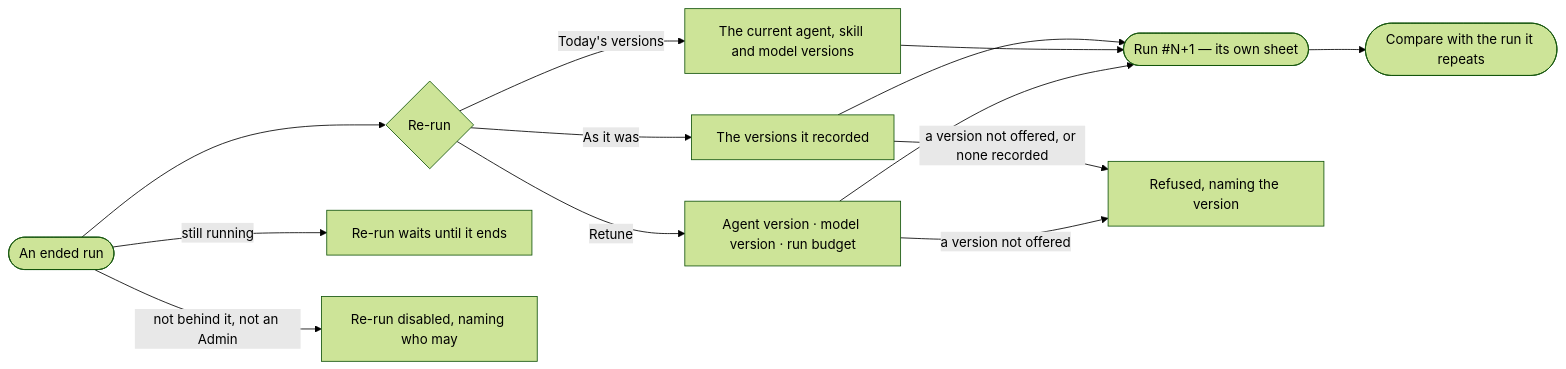
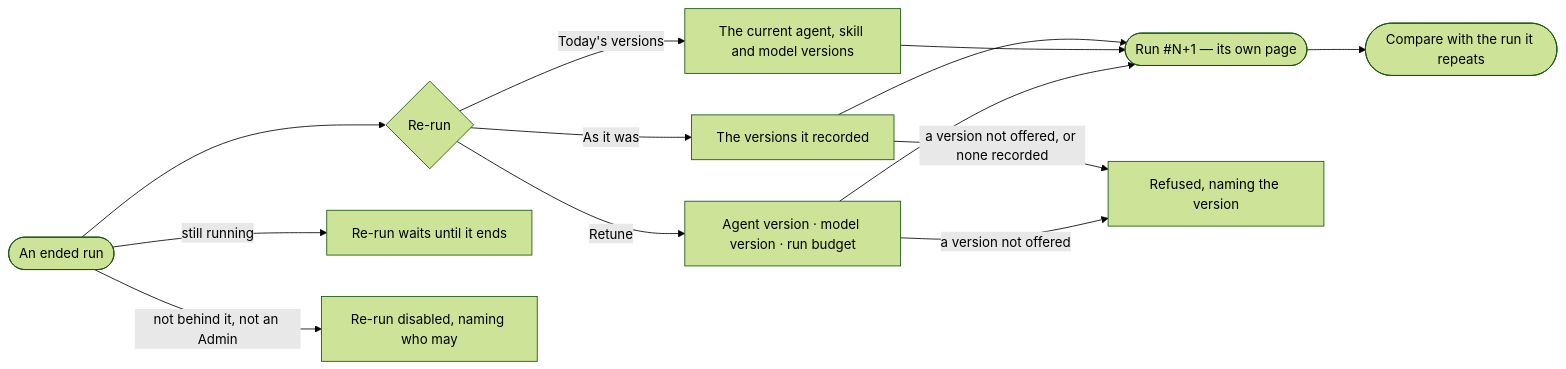
The diagram in specs/os/control/features/CP-F10-runs-and-how-the-agents-are-doing/stories/CP-54-re-run-a-run-as-it-was-or-retuned/story.md (invana/invana), drawn with Mermaid (forest theme) before and after one commit. The commit also changed other lines of this file and 133 other files, not shown here.

````diff
--- a/specs/os/control/features/CP-F10-runs-and-how-the-agents-are-doing/stories/CP-54-re-run-a-run-as-it-was-or-retuned/story.md
+++ b/specs/os/control/features/CP-F10-runs-and-how-the-agents-are-doing/stories/CP-54-re-run-a-run-as-it-was-or-retuned/story.md
@@ -26,15 +26,15 @@
 ```mermaid
 flowchart LR
   r([An ended run]) --> d{"Re-run"}
   d -->|As it was| a["The versions it recorded"]
   d -->|Today's versions| c["The current agent, skill and model versions"]
   d -->|Retune| t["Agent version · model version · run budget"]
-  a --> n(["Run #N+1 — its own sheet"])
+  a --> n(["Run #N+1 — its own page"])
   c --> n
   t --> n
   a -->|a version not offered, or none recorded| x["Refused, naming the version"]
   t -->|a version not offered| x
   r -->|still running| w["Re-run waits until it ends"]
   r -->|not behind it, not an Admin| o["Re-run disabled, naming who may"]
   n --> cmp(["Compare with the run it repeats"])
 ```
````
